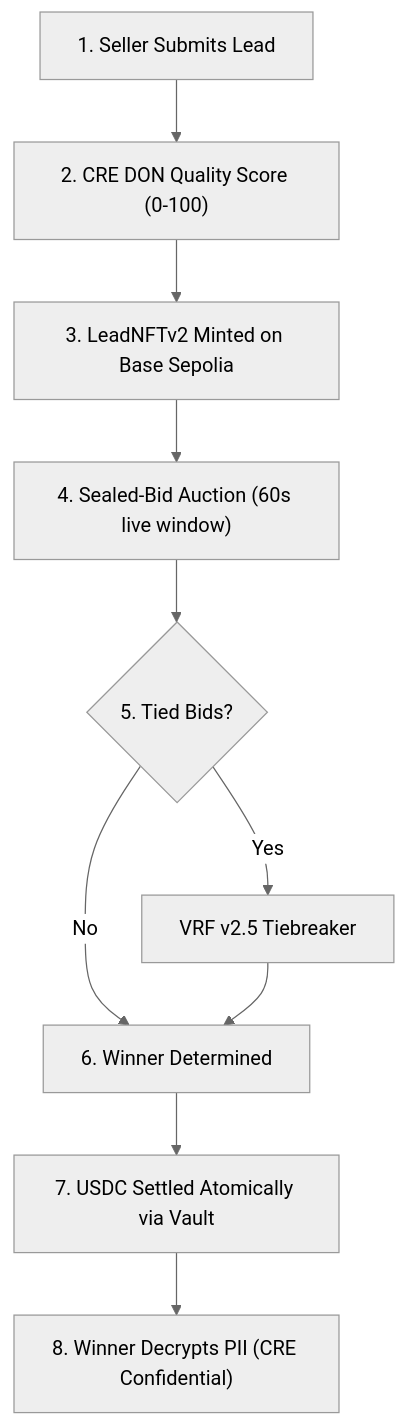
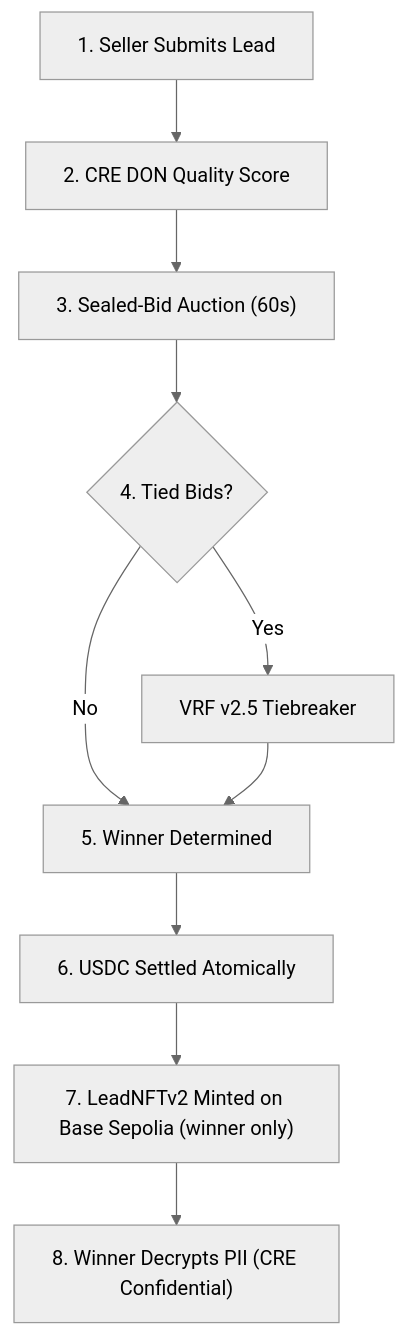
Before and after one commit to bnmbnmai/lead-engine-cre: the first of 2 diagrams in README.md, drawn with Mermaid (neutral theme). The commit also changed other lines of this file, not shown here.

Commit message:
docs: update README flowchart  NFT mint moves to post-settlement (step 7, winners only)

````diff
--- a/README.md
+++ b/README.md
@@ -23,12 +23,12 @@
 ```mermaid
 flowchart TD
-    A["1. Seller Submits Lead"] --> B["2. CRE DON Quality Score (0-100)"]
-    B --> C["3. LeadNFTv2 Minted on Base Sepolia"]
-    C --> D["4. Sealed-Bid Auction (60s live window)"]
-    D --> E{"5. Tied Bids?"}
-    E -- Yes --> F["VRF v2.5 Tiebreaker"]
-    E -- No --> G["6. Winner Determined"]
-    F --> G
-    G --> H["7. USDC Settled Atomically via Vault"]
+    A["1. Seller Submits Lead"] --> B["2. CRE DON Quality Score"]
+    B --> C["3. Sealed-Bid Auction (60s)"]
+    C --> D{"4. Tied Bids?"}
+    D -- Yes --> E["VRF v2.5 Tiebreaker"]
+    D -- No --> F["5. Winner Determined"]
+    E --> F
+    F --> G["6. USDC Settled Atomically"]
+    G --> H["7. LeadNFTv2 Minted on Base Sepolia (winner only)"]
     H --> I["8. Winner Decrypts PII (CRE Confidential)"]
 ```
````
